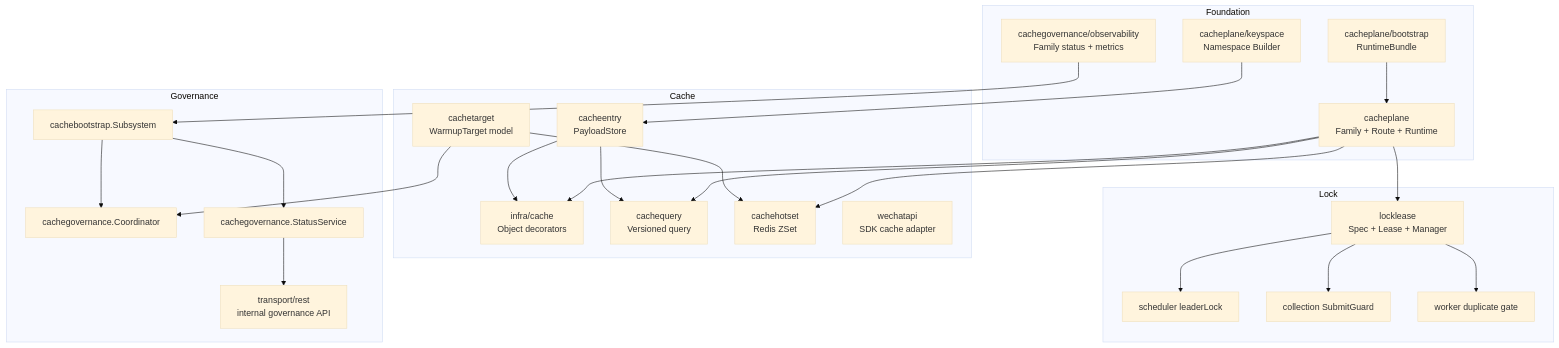
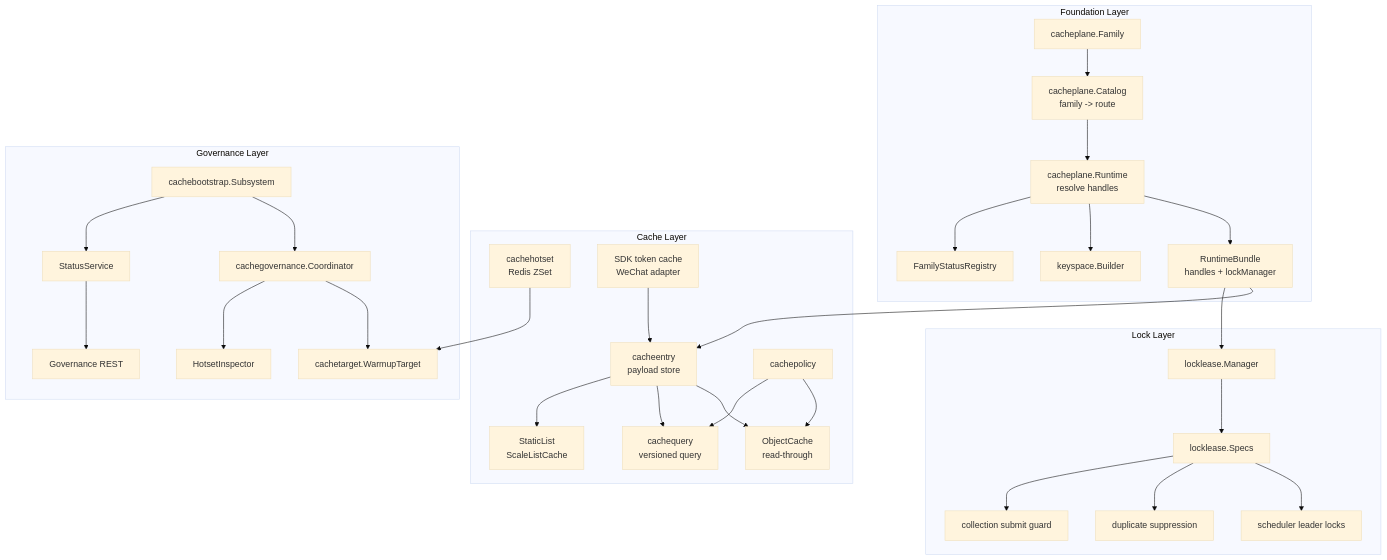
One commit to FangcunMount/qs-server changed the first of 3 diagrams in docs/03-基础设施/redis/00-整体架构.md. Above: the diagram before and after it, drawn with Mermaid (base theme). The commit also changed other lines of this file and 10 other files, not shown here.

````diff
--- a/docs/03-基础设施/redis/00-整体架构.md
+++ b/docs/03-基础设施/redis/00-整体架构.md
@@ -16,50 +69,63 @@
 ```mermaid
 flowchart TB
-    subgraph F["Foundation"]
-        Plane["cacheplane\nFamily + Route + Runtime"]
-        Bootstrap["cacheplane/bootstrap\nRuntimeBundle"]
-        Key["cacheplane/keyspace\nNamespace Builder"]
-        Obs["cachegovernance/observability\nFamily status + metrics"]
+    subgraph Foundation["Foundation Layer"]
+        family["cacheplane.Family"]
+        catalog["cacheplane.Catalog<br/>family -> route"]
+        runtime["cacheplane.Runtime<br/>resolve handles"]
+        bundle["RuntimeBundle<br/>handles + lockManager"]
+        keyspace["keyspace.Builder"]
+        status["FamilyStatusRegistry"]
     end
 
-    subgraph C["Cache"]
-        Entry["cacheentry\nPayloadStore"]
-        Object["infra/cache\nObject decorators"]
-        Query["cachequery\nVersioned query"]
-        Hotset["cachehotset\nRedis ZSet"]
-        Target["cachetarget\nWarmupTarget model"]
-        SDK["wechatapi\nSDK cache adapter"]
+    subgraph Cache["Cache Layer"]
+        entry["cacheentry<br/>payload store"]
+        object["ObjectCache<br/>read-through"]
+        query["cachequery<br/>versioned query"]
+        staticList["StaticList<br/>ScaleListCache"]
+        hotset["cachehotset<br/>Redis ZSet"]
+        sdk["SDK token cache<br/>WeChat adapter"]
+        policy["cachepolicy"]
     end
 
-    subgraph L["Lock"]
-        Lock["locklease\nSpec + Lease + Manager"]
-        Leader["scheduler leaderLock"]
-        Submit["collection SubmitGuard"]
-        Worker["worker duplicate gate"]
+    subgraph Lock["Lock Layer"]
+        lease["locklease.Manager"]
+        specs["locklease.Specs"]
+        leader["scheduler leader locks"]
+        dup["duplicate suppression"]
+        submit["collection submit guard"]
     end
 
-    subgraph G["Governance"]
-        Subsystem["cachebootstrap.Subsystem"]
-        Coordinator["cachegovernance.Coordinator"]
-        Status["cachegovernance.StatusService"]
-        REST["transport/rest\ninternal governance API"]
+    subgraph Governance["Governance Layer"]
+        subsystem["cachebootstrap.Subsystem"]
+        coordinator["cachegovernance.Coordinator"]
+        target["cachetarget.WarmupTarget"]
+        inspector["HotsetInspector"]
+        statusSvc["StatusService"]
+        api["Governance REST"]
     end
 
-    Bootstrap --> Plane
-    Plane --> Object
-    Plane --> Query
-    Plane --> Hotset
-    Plane --> Lock
-    Key --> Entry
-    Obs --> Subsystem
-    Entry --> Object
-    Entry --> Query
-    Target --> Hotset
-    Target --> Coordinator
-    Subsystem --> Coordinator
-    Subsystem --> Status
-    Status --> REST
-    Lock --> Leader
-    Lock --> Submit
-    Lock --> Worker
+    family --> catalog --> runtime --> bundle
+    runtime --> keyspace
+    runtime --> status
+
+    bundle --> entry
+    bundle --> lease
+    entry --> object
+    entry --> query
+    entry --> staticList
+    hotset --> target
+    policy --> object
+    policy --> query
+    sdk --> entry
+
+    lease --> specs
+    specs --> leader
+    specs --> dup
+    specs --> submit
+
+    subsystem --> coordinator
+    subsystem --> statusSvc
+    coordinator --> target
+    coordinator --> inspector
+    statusSvc --> api
 ```
````
